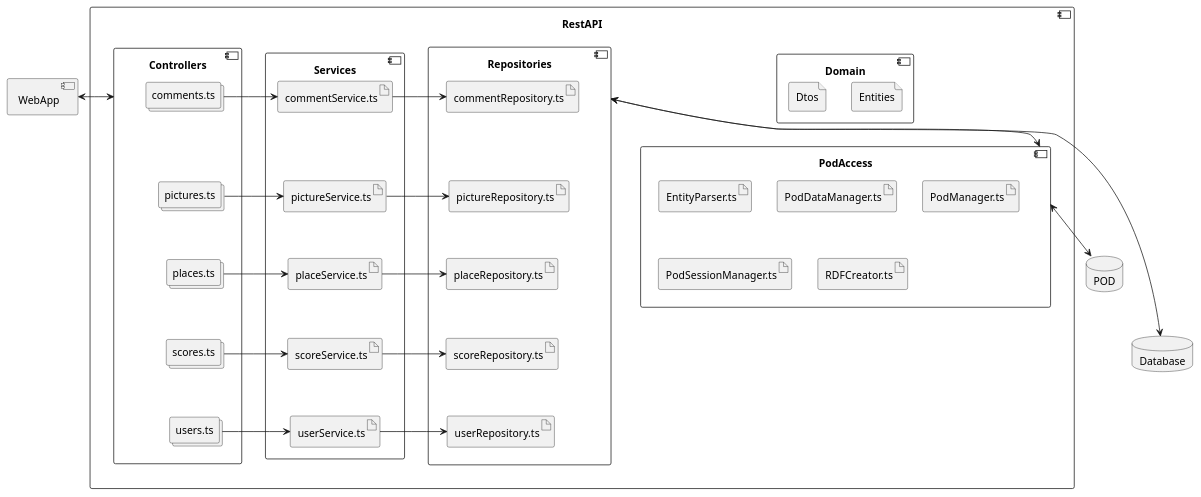
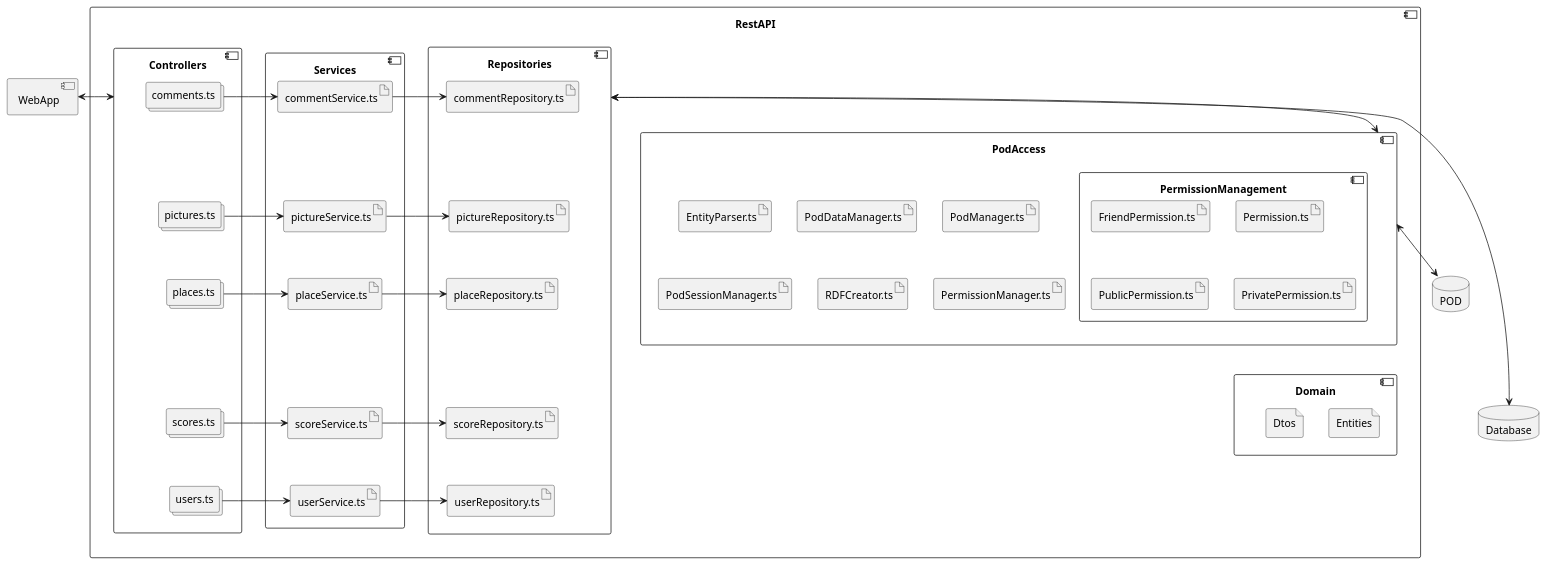
The third of 5 diagrams in docs/05_building_block_view.adoc (Arquisoft/lomap_en1a), drawn with PlantUML before and after one commit. The commit also changed other lines of this file, not shown here.

```diff
--- a/docs/05_building_block_view.adoc
+++ b/docs/05_building_block_view.adoc
@@ -155,6 +166,13 @@
                 artifact PodManager as "PodManager.ts"
                 artifact PodSessionManager as "PodSessionManager.ts"
                 artifact RDFCreator as "RDFCreator.ts"
+                artifact PermissionManager as "PermissionManager.ts"
+                component PermissionManagement {
+                    artifact FriendPermission as "FriendPermission.ts"
+                    artifact Permission as "Permission.ts"
+                    artifact PublicPermission as "PublicPermission.ts"
+                    artifact PrivatePermission as "PrivatePermission.ts"
+                }
     }
 
     component Domain {
@@ -198,6 +216,11 @@
 '-----------------------
 Controllers <-l-> WebApp
 
+PictureRepo -[hidden]r-> PodAccess
+Repositories <--d--> Database
+Repositories <-u-> PodAccess
+PodAccess <-d-> POD
+
 CommentController -[hidden]- PictureController
 PictureController -[hidden]- PlaceController
 PlaceController -[hidden]- ScoreController
@@ -225,16 +248,7 @@
 ScoreController -> ScoreService
 UserController -> UserService
 
-'Controllers -u-> Dtos
-'Services -u-> Dtos
-'
-'Repositories -u-> Entities
-'Services -u-> Entities
-
-PictureRepo -[hidden]r-> PodAccess
-Repositories <--d--> Database
-Repositories <-u-> PodAccess
-PodAccess <-d-> POD
+PodAccess -[hidden]d-- Domain
 
 @enduml
 ----
```
